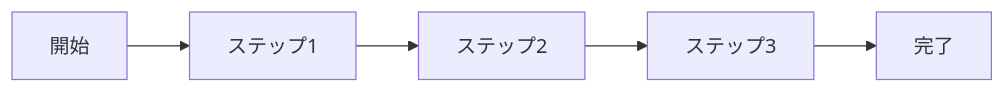
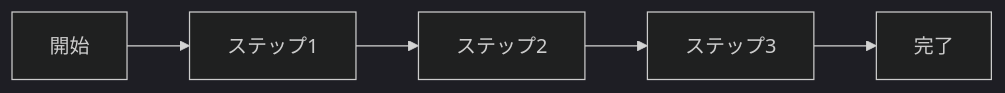
Before and after one commit to tkyosuke/3doca: the diagram in docs/_templates/01_knowledge/02-tutorial.md, drawn with Mermaid. The commit also changed 25 other files, not shown here.

First line of the commit message:
fix: resolve quality issues - frontmatter, broken links, and Mermaid dark mode (Phase 9)

````diff
--- a/docs/_templates/01_knowledge/02-tutorial.md
+++ b/docs/_templates/01_knowledge/02-tutorial.md
@@ -59,7 +59,8 @@
 ```mermaid
+%%{init: {'theme': 'dark'}}%%
 flowchart LR
     A[開始] --> B[ステップ1]
     B --> C[ステップ2]
     C --> D[ステップ3]
     D --> E[完了]
 ```
````
